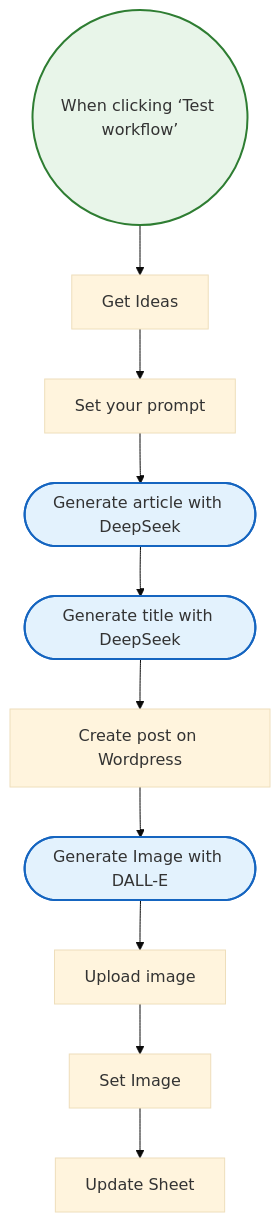
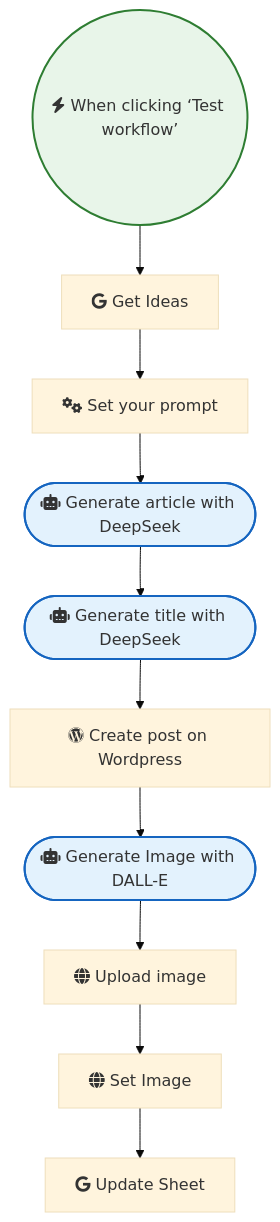
The diagram in WordPress/Automate Content Generator for WordPress with DeepSeek R1.md (sreyash3105/N8N-DEMO-AUTOMATIONS), drawn with Mermaid (base theme) before and after one commit. The commit also changed 291 other files, not shown here.

````diff
--- a/WordPress/Automate Content Generator for WordPress with DeepSeek R1.md
+++ b/WordPress/Automate Content Generator for WordPress with DeepSeek R1.md
@@ -1,27 +1,27 @@
 ```mermaid
 graph TD
     classDef trigger fill:#e8f5e9,stroke:#2e7d32,stroke-width:2px;
     classDef ai fill:#e3f2fd,stroke:#1565c0,stroke-width:2px;
     classDef logic fill:#fff3e0,stroke:#ef6c00,stroke-width:2px;
 
-    When_clicking__Test_workflow_(("When clicking ‘Test workflow’")):::trigger
-    Get_Ideas["Get Ideas"]
-    Set_your_prompt["Set your prompt"]
-    Create_post_on_Wordpress["Create post on Wordpress"]
-    Upload_image["Upload image"]
-    Set_Image["Set Image"]
-    Update_Sheet["Update Sheet"]
-    Generate_article_with_DeepSeek(["Generate article with DeepSeek"]):::ai
-    Generate_title_with_DeepSeek(["Generate title with DeepSeek"]):::ai
-    Generate_Image_with_DALL_E(["Generate Image with DALL-E"]):::ai
+    When_clicking__Test_workflow_(("fas:fa-bolt When clicking ‘Test workflow’")):::trigger
+    Get_Ideas["fab:fa-google Get Ideas"]
+    Set_your_prompt["fas:fa-cogs Set your prompt"]
+    Create_post_on_Wordpress["fab:fa-wordpress Create post on Wordpress"]
+    Upload_image["fas:fa-globe Upload image"]
+    Set_Image["fas:fa-globe Set Image"]
+    Update_Sheet["fab:fa-google Update Sheet"]
+    Generate_article_with_DeepSeek(["fas:fa-robot Generate article with DeepSeek"]):::ai
+    Generate_title_with_DeepSeek(["fas:fa-robot Generate title with DeepSeek"]):::ai
+    Generate_Image_with_DALL_E(["fas:fa-robot Generate Image with DALL-E"]):::ai
 
     Get_Ideas --> Set_your_prompt
     Set_Image --> Update_Sheet
     Upload_image --> Set_Image
     Set_your_prompt --> Generate_article_with_DeepSeek
     Create_post_on_Wordpress --> Generate_Image_with_DALL_E
     Generate_Image_with_DALL_E --> Upload_image
     Generate_title_with_DeepSeek --> Create_post_on_Wordpress
     Generate_article_with_DeepSeek --> Generate_title_with_DeepSeek
     When_clicking__Test_workflow_ --> Get_Ideas
 ```
````
